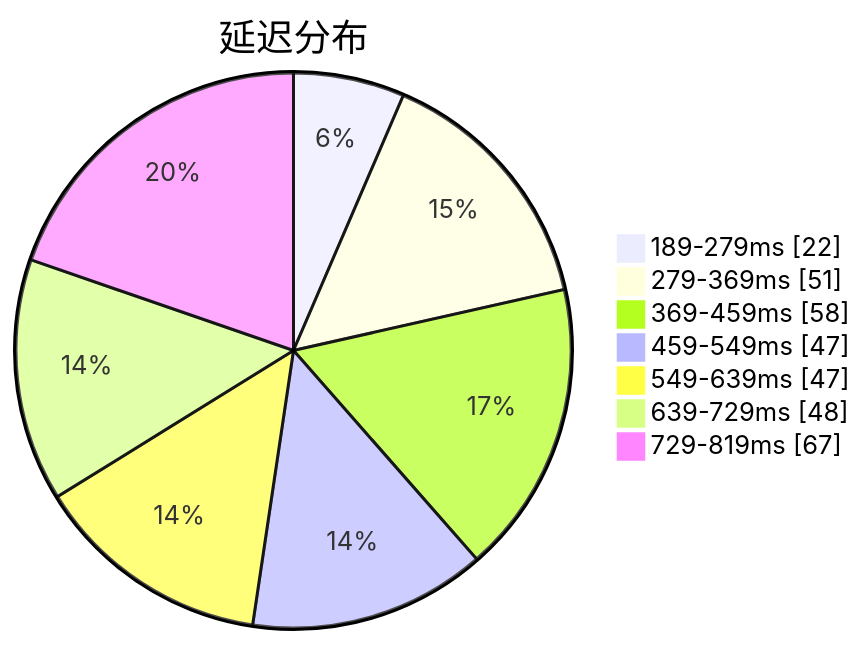
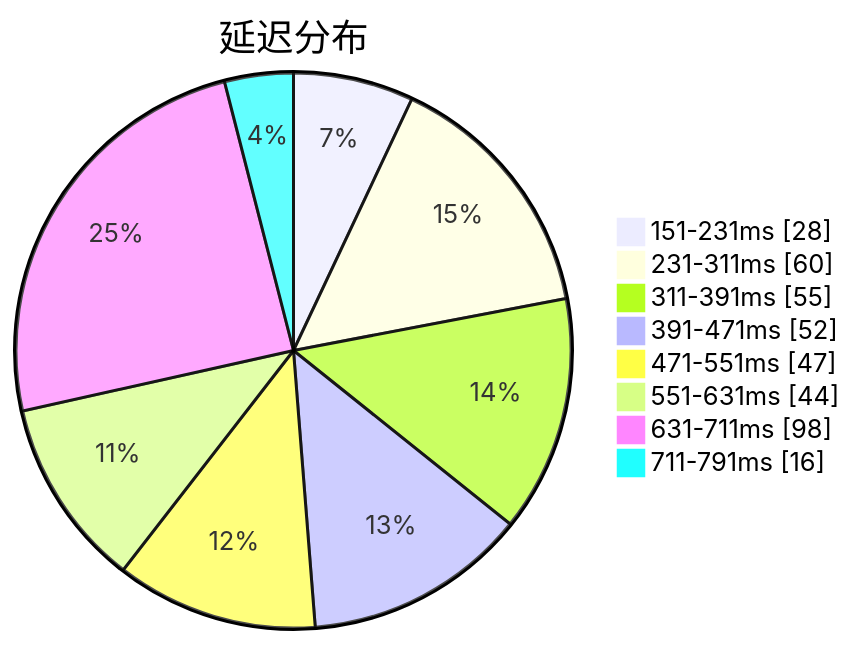
The first of 3 diagrams in subs/statistics/tested_within.md (qjlxg/airport), drawn with Mermaid before and after one commit. The commit also changed other lines of this file and 2 other files, not shown here.

Commit message:
Tested by metaST

````diff
--- a/subs/statistics/tested_within.md
+++ b/subs/statistics/tested_within.md
@@ -2,11 +2,12 @@
 ```mermaid
 pie showData
 title 延迟分布
-"189-279ms" : 22
-"279-369ms" : 51
-"369-459ms" : 58
-"459-549ms" : 47
-"549-639ms" : 47
-"639-729ms" : 48
-"729-819ms" : 67
+"151-231ms" : 28
+"231-311ms" : 60
+"311-391ms" : 55
+"391-471ms" : 52
+"471-551ms" : 47
+"551-631ms" : 44
+"631-711ms" : 98
+"711-791ms" : 16
 ```
````
